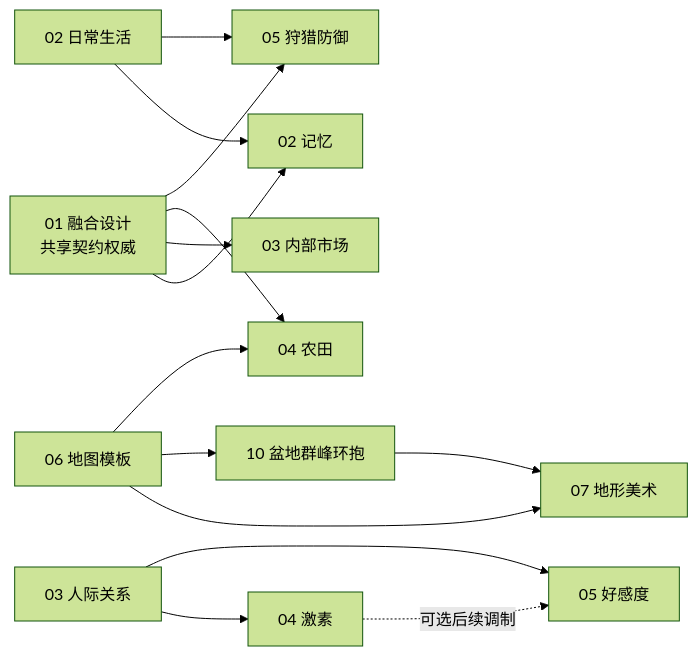
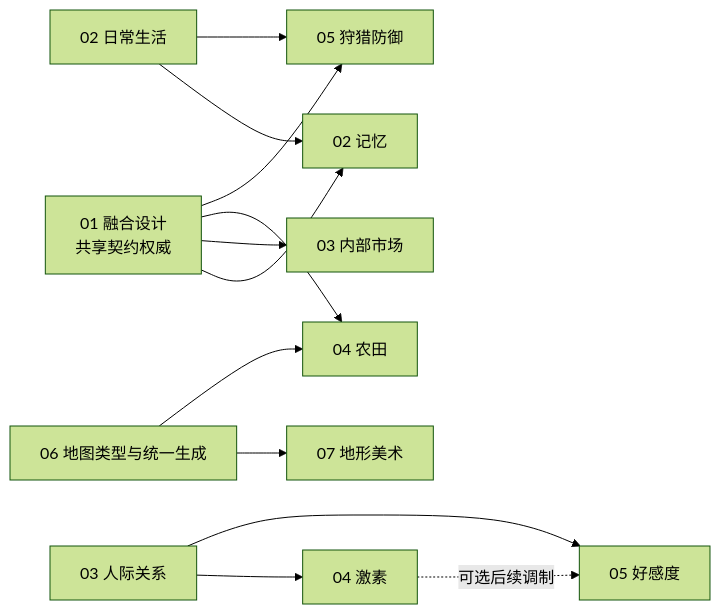
Before and after one commit to g39088902/FlowAndAccord: the diagram in docs/plan/README.md, drawn with Mermaid (forest theme). The commit also changed other lines of this file and 6 other files, not shown here.

````diff
--- a/docs/plan/README.md
+++ b/docs/plan/README.md
@@ -51,16 +50,14 @@
 ```mermaid
 graph LR
     I["01 融合设计<br/>共享契约权威"] --> M["02 记忆"]
     I --> MK["03 内部市场"]
     I --> F["04 农田"]
     I --> H["05 狩猎防御"]
-    T["06 地图模板"] --> A["07 地形美术"]
-    T --> BM["10 盆地群峰环抱"]
-    BM --> A
+    T["06 地图类型与统一生成"] --> A["07 地形美术"]
     T --> F
     L["02 日常生活"] --> M
     L --> H
     S["03 人际关系"] --> N["04 激素"]
     S --> AF["05 好感度"]
     N -. 可选后续调制 .-> AF
 ```
````
